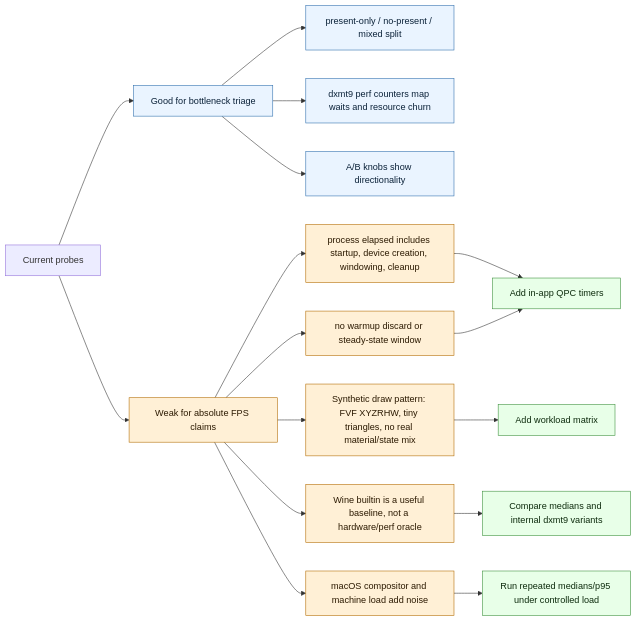
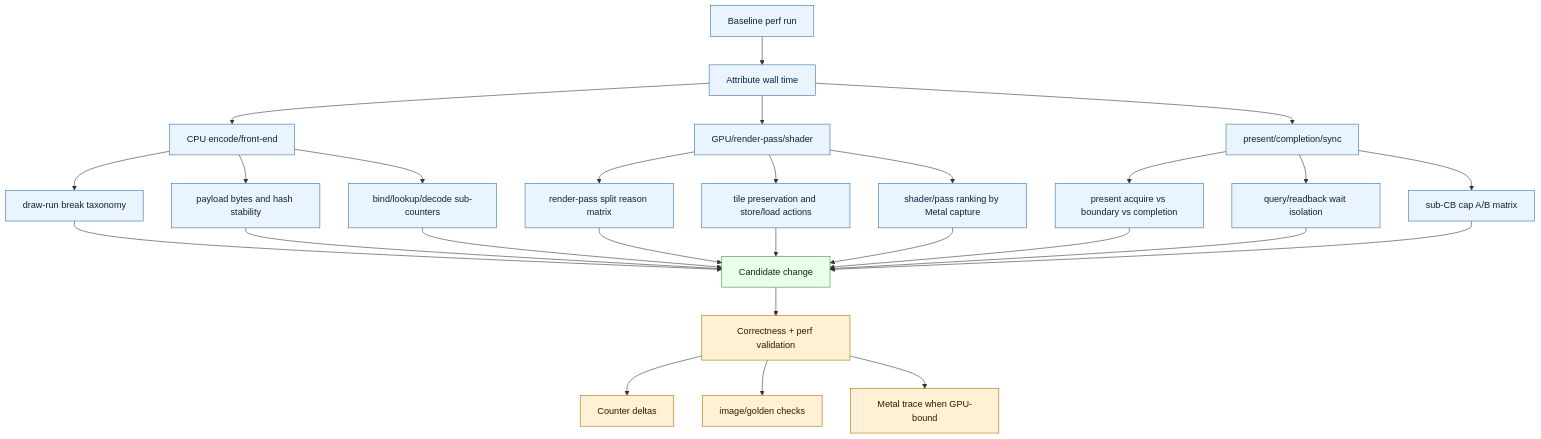
One commit to dfdgsdfg/dxmt9 changed the eighth of 11 diagrams in docs/perfomance-bottleneck.md. Above: the diagram before and after it, drawn with Mermaid. The commit also changed other lines of this file, not shown here.

Commit message:
Update performance bottleneck model

````diff
--- a/docs/perfomance-bottleneck.md
+++ b/docs/perfomance-bottleneck.md
@@ -477,28 +371,41 @@
 ```mermaid
-flowchart LR
-  Current[Current probes] --> Good[Good for bottleneck triage]
-  Current --> Weak[Weak for absolute FPS claims]
+flowchart TD
+  Baseline[Baseline perf run] --> Attribute[Attribute wall time]
+  Attribute --> CPU[CPU encode/front-end]
+  Attribute --> GPU[GPU/render-pass/shader]
+  Attribute --> Sync[present/completion/sync]
 
-  Good --> Isolation[present-only / no-present / mixed split]
-  Good --> Counters[dxmt9 perf counters map waits and resource churn]
-  Good --> AB[A/B knobs show directionality]
+  CPU --> C1[draw-run break taxonomy]
+  CPU --> C2[payload bytes and hash stability]
+  CPU --> C3[bind/lookup/decode sub-counters]
 
-  Weak --> ProcessElapsed[process elapsed includes startup, device creation, windowing, cleanup]
-  Weak --> NoWarmup[no warmup discard or steady-state window]
-  Weak --> Synthetic[Synthetic draw pattern: FVF XYZRHW, tiny triangles, no real material/state mix]
-  Weak --> Oracle[Wine builtin is a useful baseline, not a hardware/perf oracle]
-  Weak --> Load[macOS compositor and machine load add noise]
+  GPU --> G1[render-pass split reason matrix]
+  GPU --> G2[tile preservation and store/load actions]
+  GPU --> G3[shader/pass ranking by Metal capture]
 
-  ProcessElapsed --> Improve[Add in-app QPC timers]
-  NoWarmup --> Improve
-  Synthetic --> Improve2[Add workload matrix]
-  Oracle --> Improve3[Compare medians and internal dxmt9 variants]
-  Load --> Improve4[Run repeated medians/p95 under controlled load]
+  Sync --> S1[present acquire vs boundary vs completion]
+  Sync --> S2[query/readback wait isolation]
+  Sync --> S3[sub-CB cap A/B matrix]
 
-  classDef good fill:#eaf4ff,stroke:#2f6fad,color:#0b2239
-  classDef weak fill:#fff0d6,stroke:#b26b00,color:#2b1900
+  C1 --> Change[Candidate change]
+  C2 --> Change
+  C3 --> Change
+  G1 --> Change
+  G2 --> Change
+  G3 --> Change
+  S1 --> Change
+  S2 --> Change
+  S3 --> Change
+
+  Change --> Verify[Correctness + perf validation]
+  Verify --> Counters[Counter deltas]
+  Verify --> Images[image/golden checks]
+  Verify --> Trace[Metal trace when GPU-bound]
+
+  classDef measure fill:#eaf4ff,stroke:#2f6fad,color:#0b2239
   classDef action fill:#e8ffe8,stroke:#3c8f3c,color:#0d2b0d
-  class Good,Isolation,Counters,AB good
-  class Weak,ProcessElapsed,NoWarmup,Synthetic,Oracle,Load weak
-  class Improve,Improve2,Improve3,Improve4 action
+  classDef verify fill:#fff0d6,stroke:#b26b00,color:#2b1900
+  class Baseline,Attribute,CPU,GPU,Sync,C1,C2,C3,G1,G2,G3,S1,S2,S3 measure
+  class Change action
+  class Verify,Counters,Images,Trace verify
 ```
````
